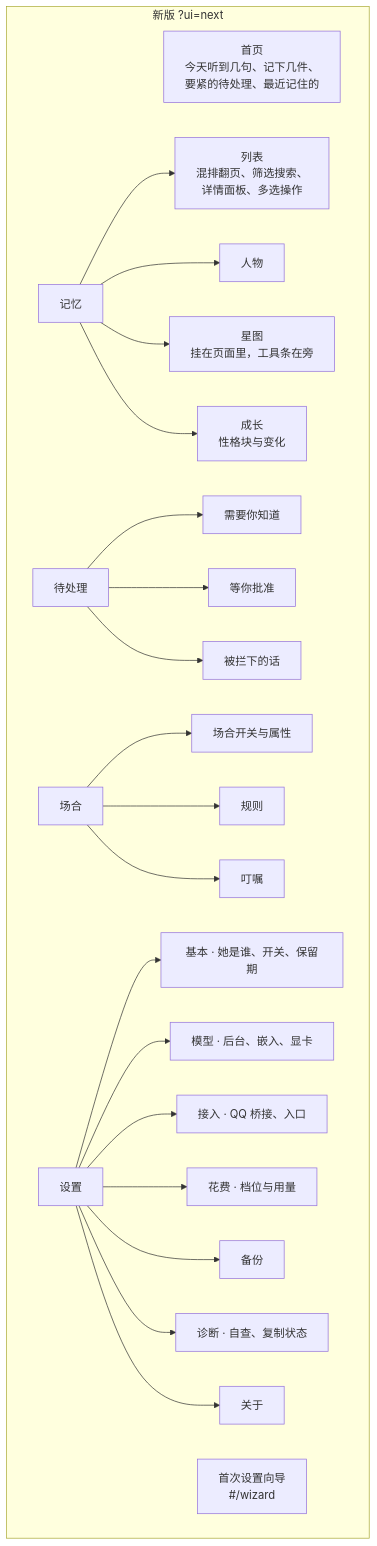
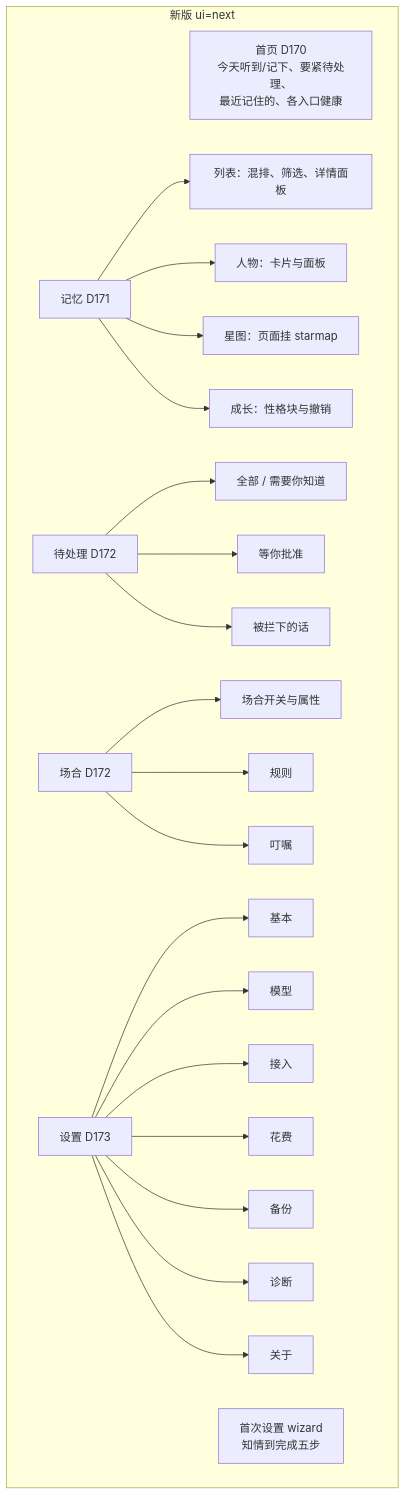
Before and after one commit to QiuYeDx/dsh-rugu: diagram 13 of 13 in docs/图解.md, drawn with Mermaid. The commit also changed other lines of this file, not shown here.

First line of the commit message:
图解 §9：按 D171–D173 改写新版管理页结构

````diff
--- a/docs/图解.md
+++ b/docs/图解.md
@@ -425,28 +427,28 @@
 ```mermaid
 flowchart TB
-  subgraph NAV["新版 ?ui=next"]
-    H["首页<br/>今天听到几句、记下几件、<br/>要紧的待处理、最近记住的"]
-    M["记忆"]
-    M --> ML["列表<br/>混排翻页、筛选搜索、<br/>详情面板、多选操作"]
-    M --> MP["人物"]
-    M --> MS["星图<br/>挂在页面里，工具条在旁"]
-    M --> MG["成长<br/>性格块与变化"]
-    P["待处理"]
-    P --> PN["需要你知道"]
-    P --> PA["等你批准"]
-    P --> PB["被拦下的话"]
-    PL["场合"]
+  subgraph NAV["新版 ui=next"]
+    H["首页 D170<br/>今天听到/记下、要紧待处理、<br/>最近记住的、各入口健康"]
+    M["记忆 D171"]
+    M --> ML["列表：混排、筛选、详情面板"]
+    M --> MP["人物：卡片与面板"]
+    M --> MS["星图：页面挂 starmap"]
+    M --> MG["成长：性格块与撤销"]
+    P["待处理 D172"]
+    P --> PA["全部 / 需要你知道"]
+    P --> PB["等你批准"]
+    P --> PC["被拦下的话"]
+    PL["场合 D172"]
     PL --> PLS["场合开关与属性"]
     PL --> PLR["规则"]
     PL --> PLL["叮嘱"]
-    S["设置"]
-    S --> SB["基本 · 她是谁、开关、保留期"]
-    S --> SM["模型 · 后台、嵌入、显卡"]
-    S --> SC["接入 · QQ 桥接、入口"]
-    S --> SK["花费 · 档位与用量"]
+    S["设置 D173"]
+    S --> SB["基本"]
+    S --> SM["模型"]
+    S --> SC["接入"]
+    S --> SK["花费"]
     S --> SU["备份"]
-    S --> SD["诊断 · 自查、复制状态"]
+    S --> SD["诊断"]
     S --> SA["关于"]
-    W["首次设置向导<br/>#/wizard"]
+    W["首次设置 wizard<br/>知情到完成五步"]
   end
 ```
````
